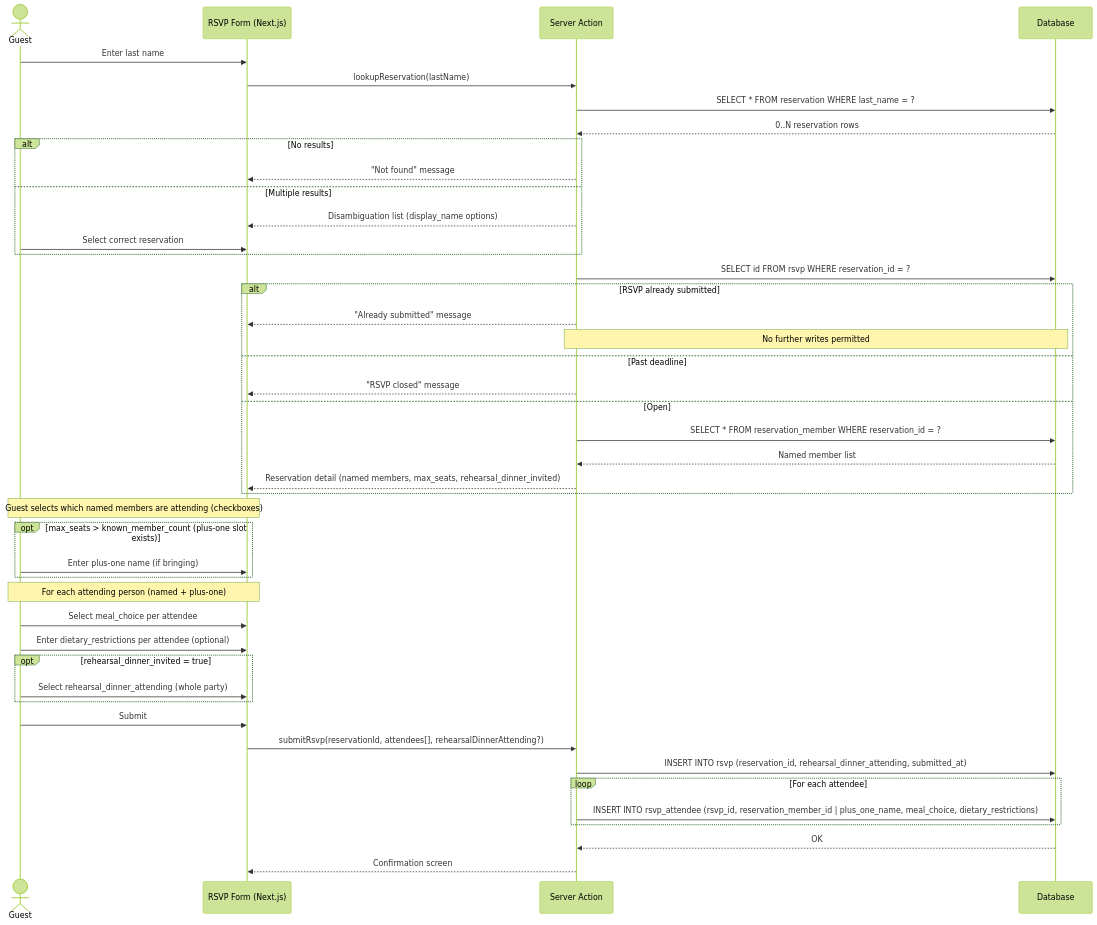
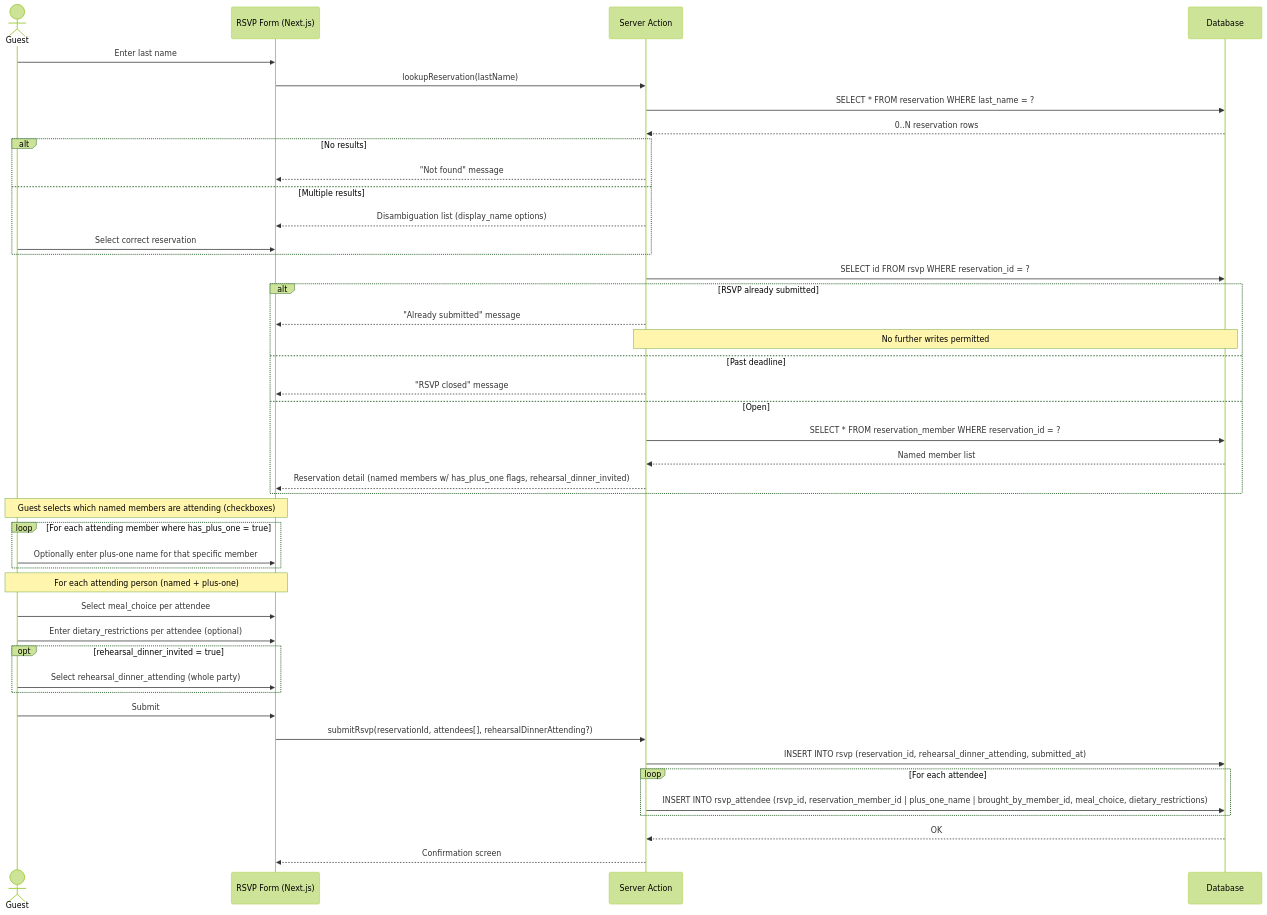
Before and after one commit to 15ajohnson/collin-alivia-wedding: the first of 3 diagrams in docs/RSVP_ARCHITECTURE.md, drawn with Mermaid (forest theme). The commit also changed other lines of this file, not shown here.

Commit message:
change data model to associate plus-ones with individuals

````diff
--- a/docs/RSVP_ARCHITECTURE.md
+++ b/docs/RSVP_ARCHITECTURE.md
@@ -11,55 +11,55 @@
 ```mermaid
 sequenceDiagram
     accTitle: RSVP User Flow (Revised — Named Attendees)
     accDescr: Sequence of interactions between the guest browser, Next.js server actions, and the database during an RSVP submission with named attendee and per-person meal selection support
 
     actor Guest
     participant UI as RSVP Form (Next.js)
     participant SA as Server Action
     participant DB as Database
 
     Guest->>UI: Enter last name
     UI->>SA: lookupReservation(lastName)
     SA->>DB: SELECT * FROM reservation WHERE last_name = ?
     DB-->>SA: 0..N reservation rows
     alt No results
         SA-->>UI: "Not found" message
     else Multiple results
         SA-->>UI: Disambiguation list (display_name options)
         Guest->>UI: Select correct reservation
     end
 
     SA->>DB: SELECT id FROM rsvp WHERE reservation_id = ?
     alt RSVP already submitted
         SA-->>UI: "Already submitted" message
         note over SA,DB: No further writes permitted
     else Past deadline
         SA-->>UI: "RSVP closed" message
     else Open
         SA->>DB: SELECT * FROM reservation_member WHERE reservation_id = ?
         DB-->>SA: Named member list
-        SA-->>UI: Reservation detail (named members, max_seats, rehearsal_dinner_invited)
+        SA-->>UI: Reservation detail (named members w/ has_plus_one flags, rehearsal_dinner_invited)
     end
 
     note over Guest,UI: Guest selects which named members are attending (checkboxes)
-    opt max_seats > known_member_count (plus-one slot exists)
-        Guest->>UI: Enter plus-one name (if bringing)
+    loop For each attending member where has_plus_one = true
+        Guest->>UI: Optionally enter plus-one name for that specific member
     end
 
     note over Guest,UI: For each attending person (named + plus-one)
     Guest->>UI: Select meal_choice per attendee
     Guest->>UI: Enter dietary_restrictions per attendee (optional)
 
     opt rehearsal_dinner_invited = true
         Guest->>UI: Select rehearsal_dinner_attending (whole party)
     end
 
     Guest->>UI: Submit
     UI->>SA: submitRsvp(reservationId, attendees[], rehearsalDinnerAttending?)
     SA->>DB: INSERT INTO rsvp (reservation_id, rehearsal_dinner_attending, submitted_at)
     loop For each attendee
-        SA->>DB: INSERT INTO rsvp_attendee (rsvp_id, reservation_member_id | plus_one_name, meal_choice, dietary_restrictions)
+        SA->>DB: INSERT INTO rsvp_attendee (rsvp_id, reservation_member_id | plus_one_name | brought_by_member_id, meal_choice, dietary_restrictions)
     end
     DB-->>SA: OK
     SA-->>UI: Confirmation screen
 ```
````
